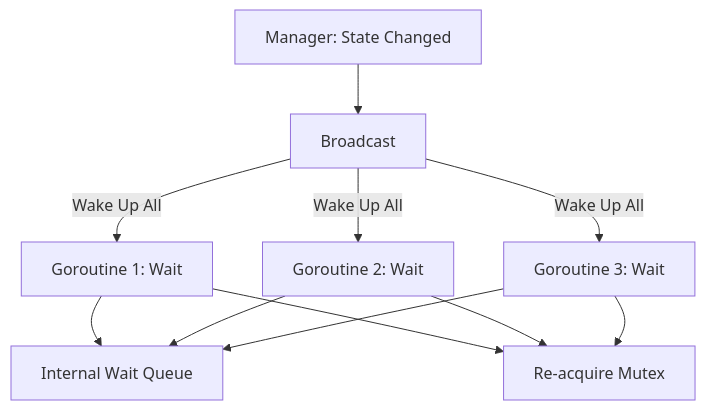
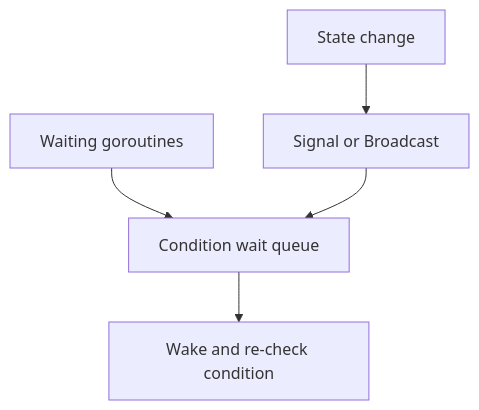
Before and after one commit to syahputrawork98-sketch/Golang-Knowledge-Base: the diagram in RAK-03-evolution/SR-03-concurrency/BK-01-low-level/CH-03-cond-semaphore/README.md, drawn with Mermaid. The commit also changed other lines of this file and 61 other files, not shown here.

````diff
--- a/RAK-03-evolution/SR-03-concurrency/BK-01-low-level/CH-03-cond-semaphore/README.md
+++ b/RAK-03-evolution/SR-03-concurrency/BK-01-low-level/CH-03-cond-semaphore/README.md
@@ -39,15 +35,7 @@
 ```mermaid
 graph TD
-    G1[Goroutine 1: Wait] --> Queue[Internal Wait Queue]
-    G2[Goroutine 2: Wait] --> Queue
-    G3[Goroutine 3: Wait] --> Queue
-    
-    Manager[Manager: State Changed] --> Broadcast[Broadcast]
-    Broadcast -->|Wake Up All| G1
-    Broadcast -->|Wake Up All| G2
-    Broadcast -->|Wake Up All| G3
-    
-    G1 --> Lock[Re-acquire Mutex]
-    G2 --> Lock
-    G3 --> Lock
+    Waiters[Waiting goroutines] --> Queue[Condition wait queue]
+    State[State change] --> Notify[Signal or Broadcast]
+    Notify --> Queue
+    Queue --> Wake[Wake and re-check condition]
 ```
````
